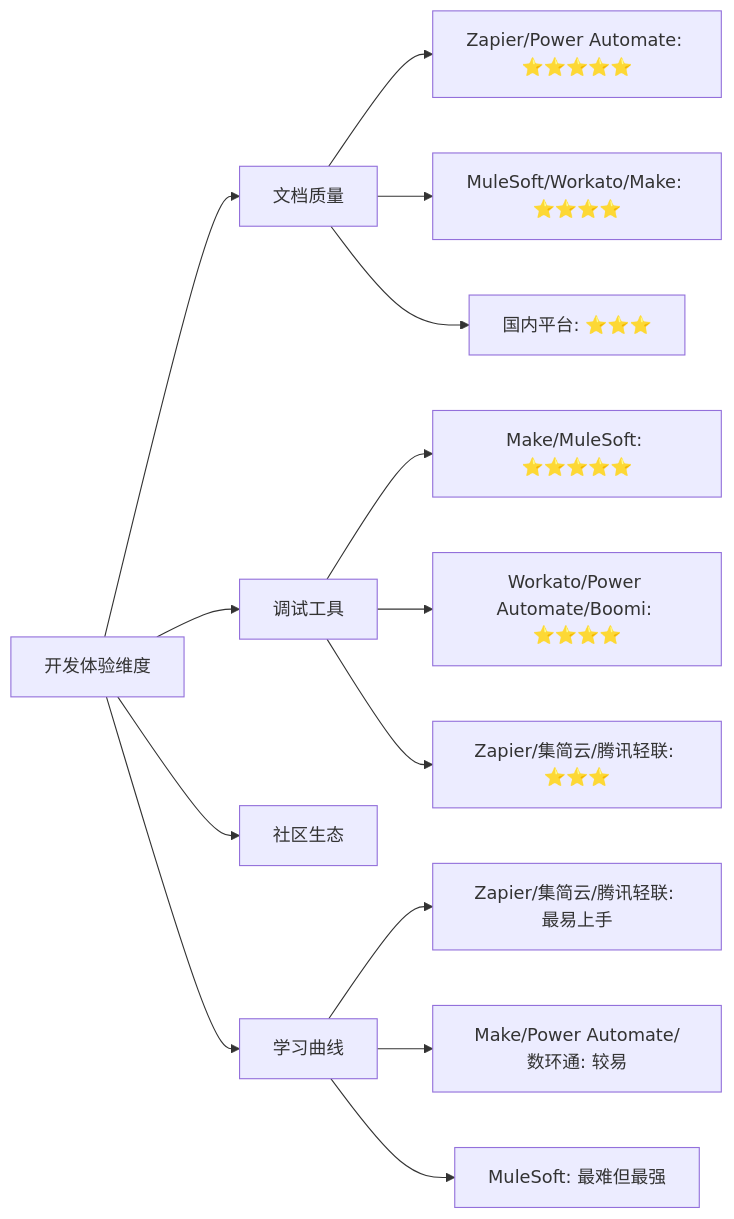
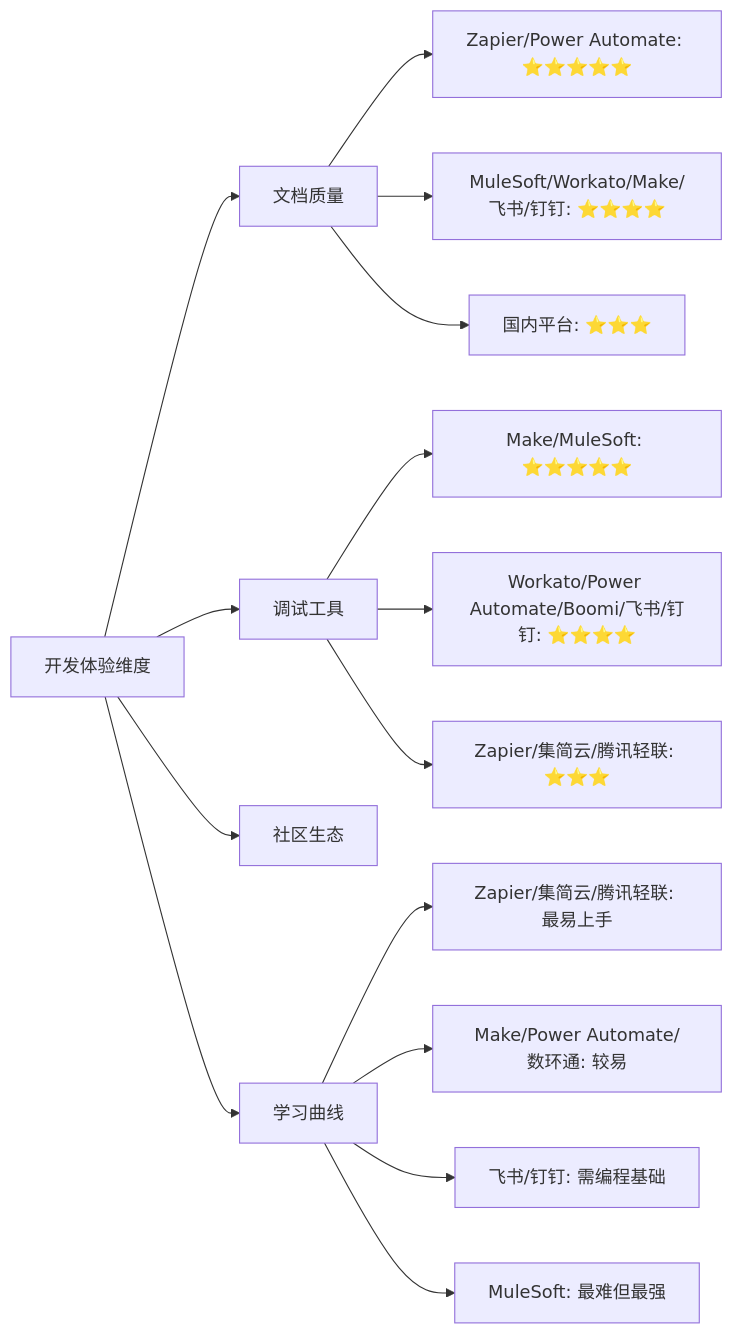
The first of 10 diagrams in docs/software-connector-platform-research/软件连接器平台汇总对比调研报告.md (THZSummer/open-app), drawn with Mermaid before and after one commit. The commit also changed other lines of this file and 2 other files, not shown here.

````diff
--- a/docs/software-connector-platform-research/软件连接器平台汇总对比调研报告.md
+++ b/docs/software-connector-platform-research/软件连接器平台汇总对比调研报告.md
@@ -317,19 +332,20 @@
 ```mermaid
 graph LR
     A[开发体验维度] --> B[文档质量]
     A --> C[调试工具]
     A --> D[社区生态]
     A --> E[学习曲线]
     
     B --> B1[Zapier/Power Automate: ⭐⭐⭐⭐⭐]
-    B --> B2[MuleSoft/Workato/Make: ⭐⭐⭐⭐]
+    B --> B2[MuleSoft/Workato/Make/飞书/钉钉: ⭐⭐⭐⭐]
     B --> B3[国内平台: ⭐⭐⭐]
     
     C --> C1[Make/MuleSoft: ⭐⭐⭐⭐⭐]
-    C --> C2[Workato/Power Automate/Boomi: ⭐⭐⭐⭐]
+    C --> C2[Workato/Power Automate/Boomi/飞书/钉钉: ⭐⭐⭐⭐]
     C --> C3[Zapier/集简云/腾讯轻联: ⭐⭐⭐]
     
     E --> E1[Zapier/集简云/腾讯轻联: 最易上手]
     E --> E2[Make/Power Automate/数环通: 较易]
-    E --> E3[MuleSoft: 最难但最强]
+    E --> E3[飞书/钉钉: 需编程基础]
+    E --> E4[MuleSoft: 最难但最强]
 ```
````
